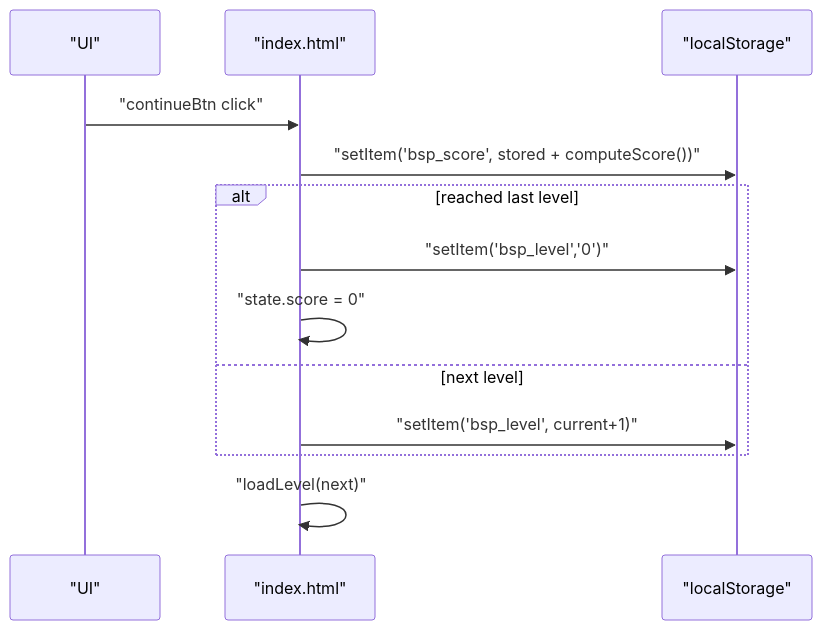
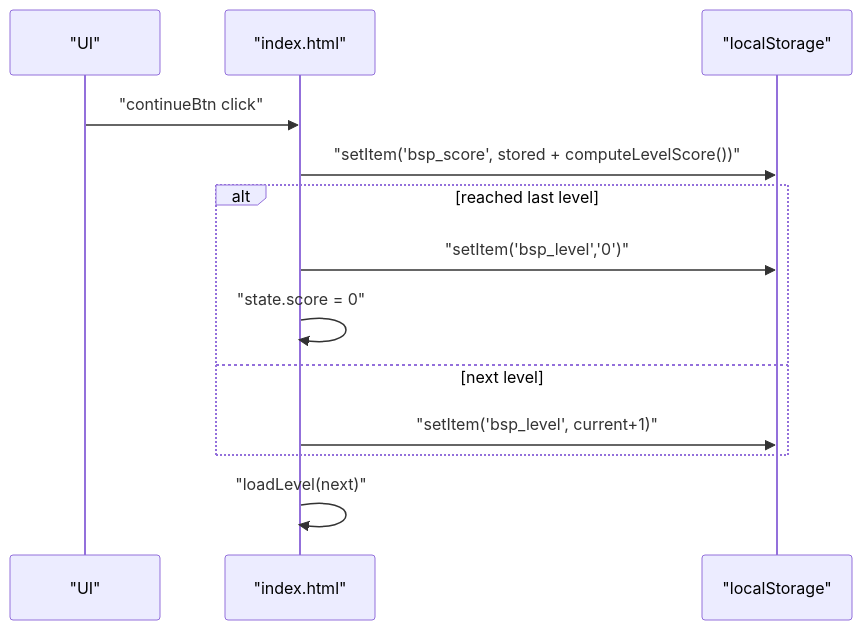
Before and after one commit to chetanck03/games: the ninth of 11 diagrams in .qoder/repowiki/en/content/Game Engine & Logic/Game State & History.md, drawn with Mermaid. The commit also changed other lines of this file and 27 other files, not shown here.

````diff
--- a/.qoder/repowiki/en/content/Game Engine & Logic/Game State & History.md
+++ b/.qoder/repowiki/en/content/Game Engine & Logic/Game State & History.md
@@ -288,15 +293,15 @@
 ```mermaid
 sequenceDiagram
 participant UI as "UI"
 participant JS as "index.html"
 participant LS as "localStorage"
 UI->>JS : "continueBtn click"
-JS->>LS : "setItem('bsp_score', stored + computeScore())"
+JS->>LS : "setItem('bsp_score', stored + computeLevelScore())"
 alt reached last level
 JS->>LS : "setItem('bsp_level','0')"
 JS->>JS : "state.score = 0"
 else next level
 JS->>LS : "setItem('bsp_level', current+1)"
 end
 JS->>JS : "loadLevel(next)"
 ```
````
